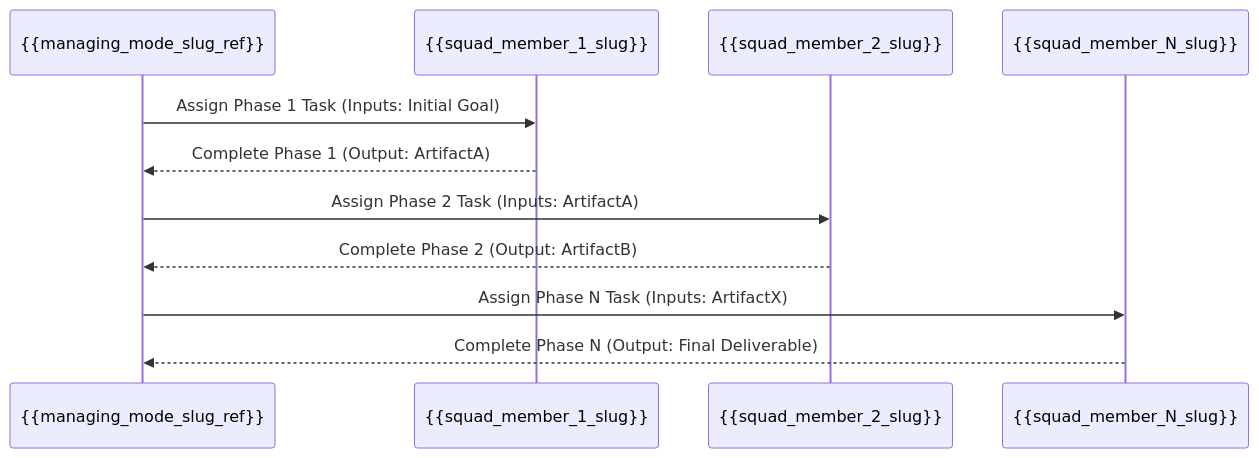
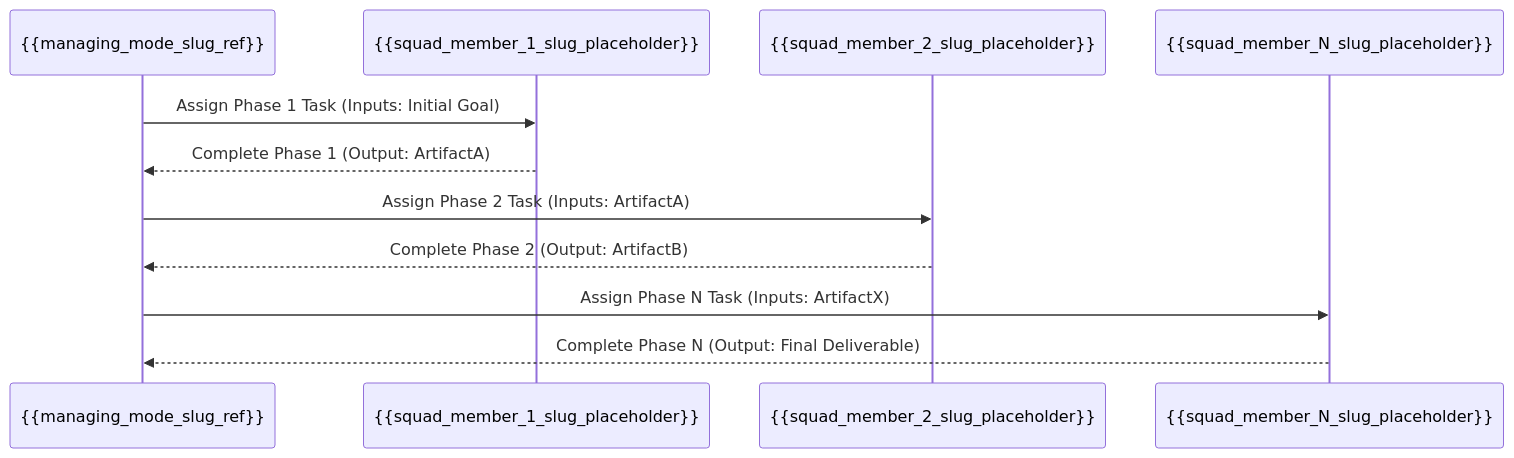
Before and after one commit to jezweb/roo-commander: the diagram in .roo/commander/templates/planning/squad_design/template_02_squad_workflow_and_artifact_flow.md, drawn with Mermaid. The commit also changed other lines of this file and 619 other files, not shown here.

````diff
--- a/.roo/commander/templates/planning/squad_design/template_02_squad_workflow_and_artifact_flow.md
+++ b/.roo/commander/templates/planning/squad_design/template_02_squad_workflow_and_artifact_flow.md
@@ -96,14 +104,14 @@
 ```mermaid
 sequenceDiagram
     participant Manager as {{managing_mode_slug_ref}}
-    participant Member1 as {{squad_member_1_slug}}
-    participant Member2 as {{squad_member_2_slug}}
-    participant MemberN as {{squad_member_N_slug}}
+    participant SM1 as {{squad_member_1_slug_placeholder}}
+    participant SM2 as {{squad_member_2_slug_placeholder}}
+    participant SMN as {{squad_member_N_slug_placeholder}}
 
-    Manager->>Member1: Assign Phase 1 Task (Inputs: Initial Goal)
-    Member1-->>Manager: Complete Phase 1 (Output: ArtifactA)
-    Manager->>Member2: Assign Phase 2 Task (Inputs: ArtifactA)
-    Member2-->>Manager: Complete Phase 2 (Output: ArtifactB)
-    Manager->>MemberN: Assign Phase N Task (Inputs: ArtifactX)
-    MemberN-->>Manager: Complete Phase N (Output: Final Deliverable)
+    Manager->>SM1: Assign Phase 1 Task (Inputs: Initial Goal)
+    SM1-->>Manager: Complete Phase 1 (Output: ArtifactA)
+    Manager->>SM2: Assign Phase 2 Task (Inputs: ArtifactA)
+    SM2-->>Manager: Complete Phase 2 (Output: ArtifactB)
+    Manager->>SMN: Assign Phase N Task (Inputs: ArtifactX)
+    SMN-->>Manager: Complete Phase N (Output: Final Deliverable)
 ```
````
